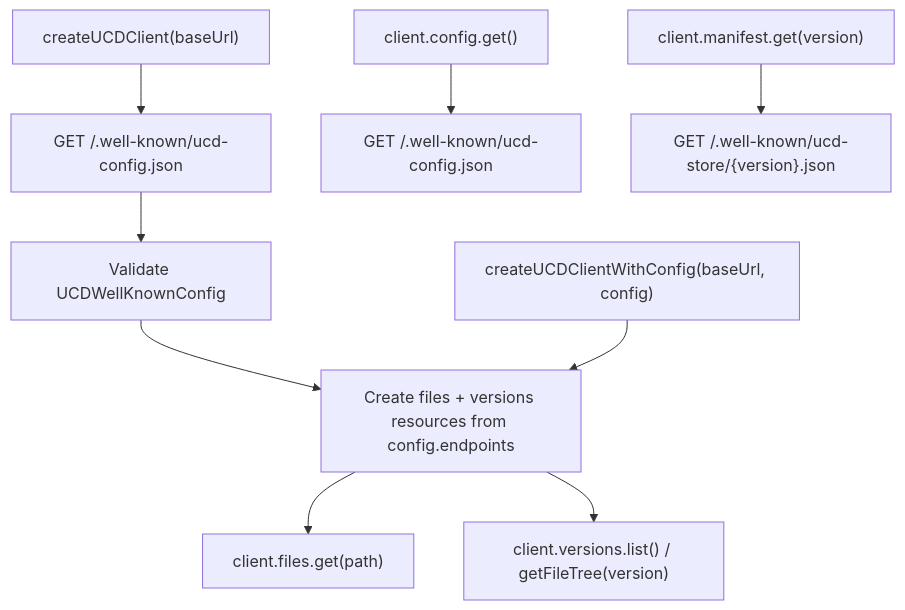
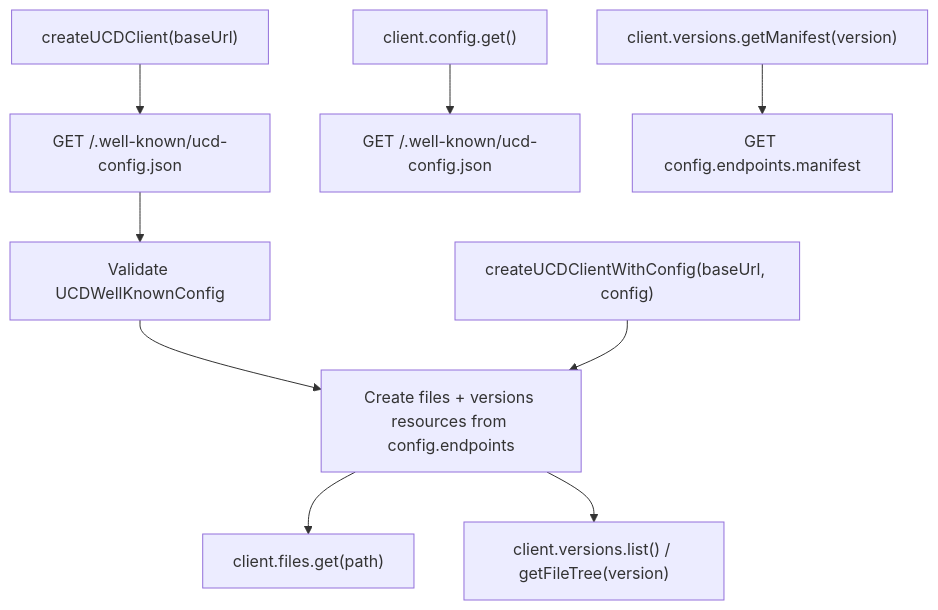
One commit to ucdjs/ucd changed the diagram in apps/docs/content/packages/client.mdx. Above: the diagram before and after it, drawn with Mermaid. The commit also changed other lines of this file and 22 other files, not shown here.

````diff
--- a/apps/docs/content/packages/client.mdx
+++ b/apps/docs/content/packages/client.mdx
@@ -96,14 +96,14 @@
 ```mermaid
 flowchart TD
   A["createUCDClient(baseUrl)"] --> B["GET /.well-known/ucd-config.json"]
   B --> C["Validate UCDWellKnownConfig"]
   C --> D["Create files + versions resources from config.endpoints"]
 
   E["createUCDClientWithConfig(baseUrl, config)"] --> D
 
   D --> F["client.files.get(path)"]
   D --> G["client.versions.list() / getFileTree(version)"]
 
   H["client.config.get()"] --> I["GET /.well-known/ucd-config.json"]
-  J["client.manifest.get(version)"] --> K["GET /.well-known/ucd-store/{version}.json"]
+  J["client.versions.getManifest(version)"] --> K["GET config.endpoints.manifest"]
 ```
````
